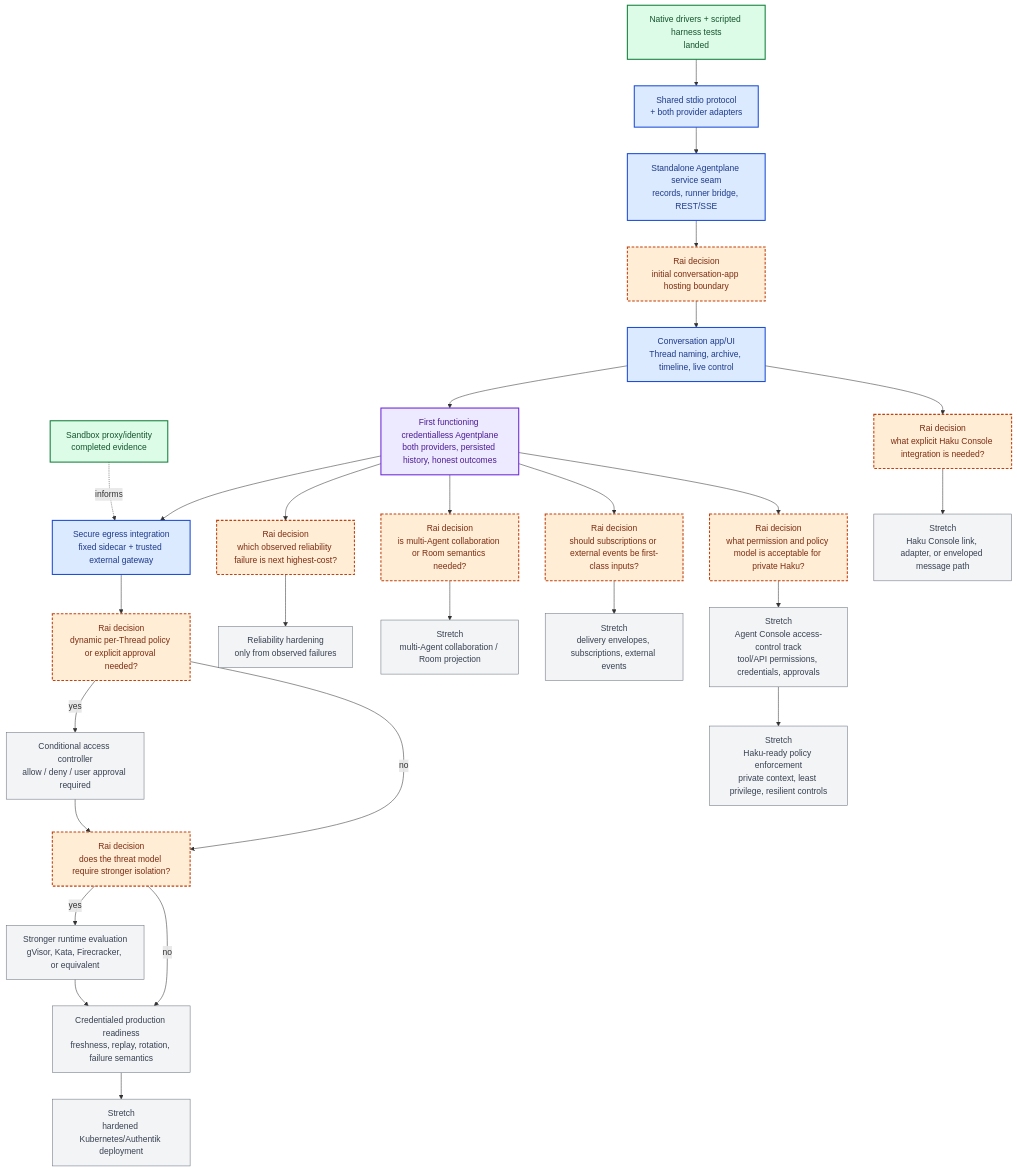
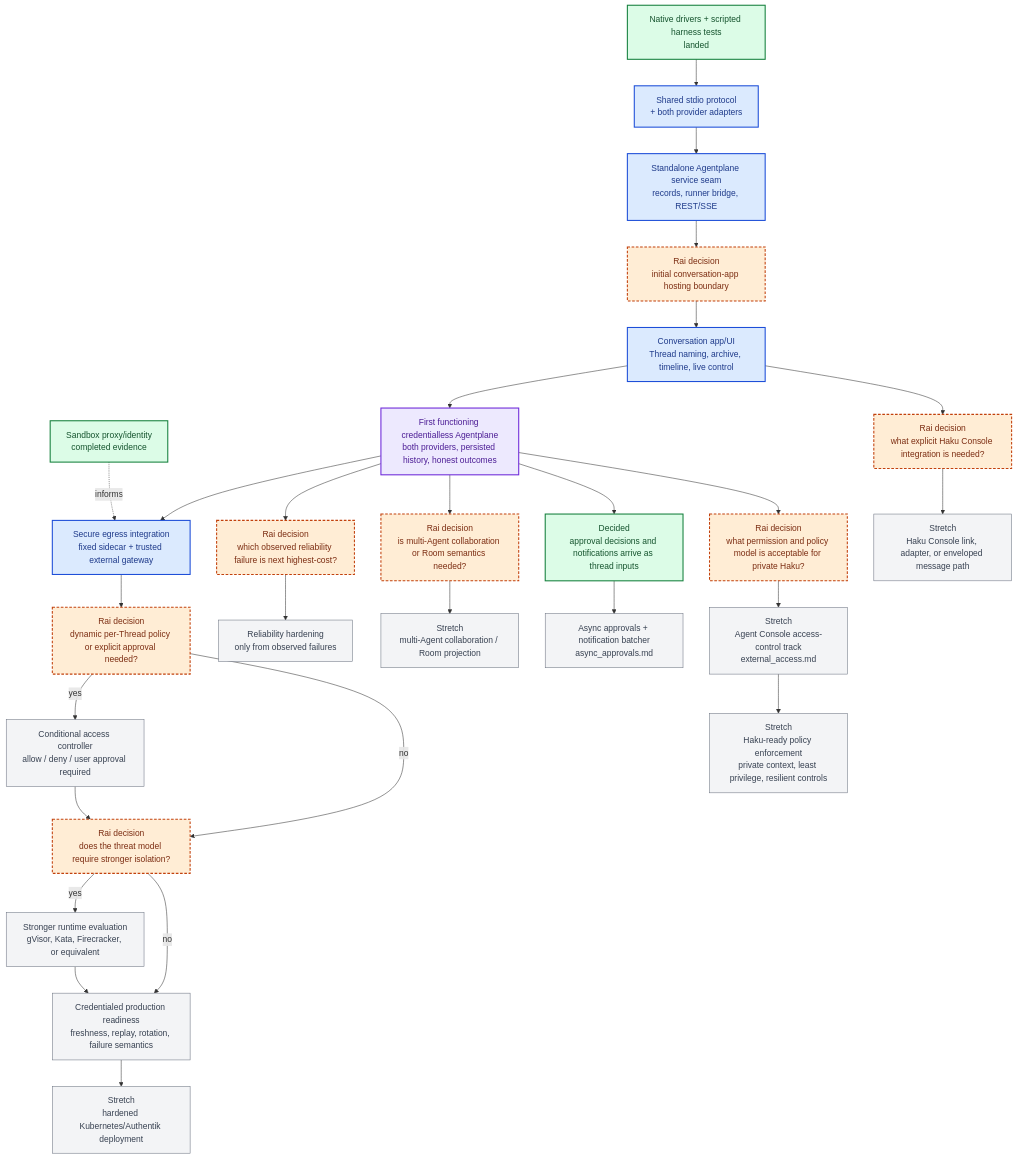
The diagram in x/agentplane/plans/task_dag.md (agentydragon-agent/ducktape), drawn with Mermaid before and after one commit. The commit also changed other lines of this file and 3 other files, not shown here.

First line of the commit message:
agentplane: async approvals and external access design notes (#5399)

````diff
--- a/x/agentplane/plans/task_dag.md
+++ b/x/agentplane/plans/task_dag.md
@@ -31,51 +31,51 @@
 ```mermaid
 flowchart TB
     classDef completed fill:#dcfce7,stroke:#15803d,color:#14532d,stroke-width:2px
     classDef next fill:#dbeafe,stroke:#1d4ed8,color:#1e3a8a,stroke-width:2px
     classDef milestone fill:#ede9fe,stroke:#6d28d9,color:#4c1d95,stroke-width:2px
     classDef decision fill:#ffedd5,stroke:#c2410c,color:#7c2d12,stroke-width:2px,stroke-dasharray:5 3
     classDef future fill:#f3f4f6,stroke:#6b7280,color:#374151
 
     S0["Sandbox proxy/identity<br/>completed evidence"]:::completed
     A["Native drivers + scripted harness tests<br/>landed"]:::completed
     B["Shared stdio protocol<br/>+ both provider adapters"]:::next
     C["Standalone Agentplane service seam<br/>records, runner bridge, REST/SSE"]:::next
     D["Rai decision<br/>initial conversation-app hosting boundary"]:::decision
     E["Conversation app/UI<br/>Thread naming, archive, timeline, live control"]:::next
     F["First functioning credentialless Agentplane<br/>both providers, persisted history, honest outcomes"]:::milestone
 
     J["Secure egress integration<br/>fixed sidecar + trusted external gateway"]:::next
     P["Rai decision<br/>dynamic per-Thread policy or explicit approval needed?"]:::decision
     K["Conditional access controller<br/>allow / deny / user approval required"]:::future
     R["Rai decision<br/>does the threat model require stronger isolation?"]:::decision
     L["Credentialed production readiness<br/>freshness, replay, rotation, failure semantics"]:::future
     V["Stronger runtime evaluation<br/>gVisor, Kata, Firecracker, or equivalent"]:::future
 
     Q["Rai decision<br/>which observed reliability failure is next highest-cost?"]:::decision
     M["Reliability hardening<br/>only from observed failures"]:::future
 
     H["Rai decision<br/>is multi-Agent collaboration or Room semantics needed?"]:::decision
     N["Stretch<br/>multi-Agent collaboration / Room projection"]:::future
-    X["Rai decision<br/>should subscriptions or external events be first-class inputs?"]:::decision
-    Y["Stretch<br/>delivery envelopes, subscriptions, external events"]:::future
+    X["Decided<br/>approval decisions and notifications arrive as thread inputs"]:::completed
+    Y["Async approvals + notification batcher<br/>async_approvals.md"]:::future
     Z["Rai decision<br/>what explicit Haku Console integration is needed?"]:::decision
     U["Stretch<br/>Haku Console link, adapter, or enveloped message path"]:::future
     AA["Rai decision<br/>what permission and policy model is acceptable for private Haku?"]:::decision
-    AB["Stretch<br/>Agent Console access-control track<br/>tool/API permissions, credentials, approvals"]:::future
+    AB["Stretch<br/>Agent Console access-control track<br/>external_access.md"]:::future
     AC["Stretch<br/>Haku-ready policy enforcement<br/>private context, least privilege, resilient controls"]:::future
     W["Stretch<br/>hardened Kubernetes/Authentik deployment"]:::future
 
     A --> B --> C --> D --> E --> F
     F --> J --> P
     P -->|yes| K --> R
     P -->|no| R
     R -->|yes| V --> L
     R -->|no| L
     F --> Q --> M
     F --> H --> N
     F --> X --> Y
     E --> Z --> U
     F --> AA --> AB --> AC
     L --> W
     S0 -. informs .-> J
 ```
````
